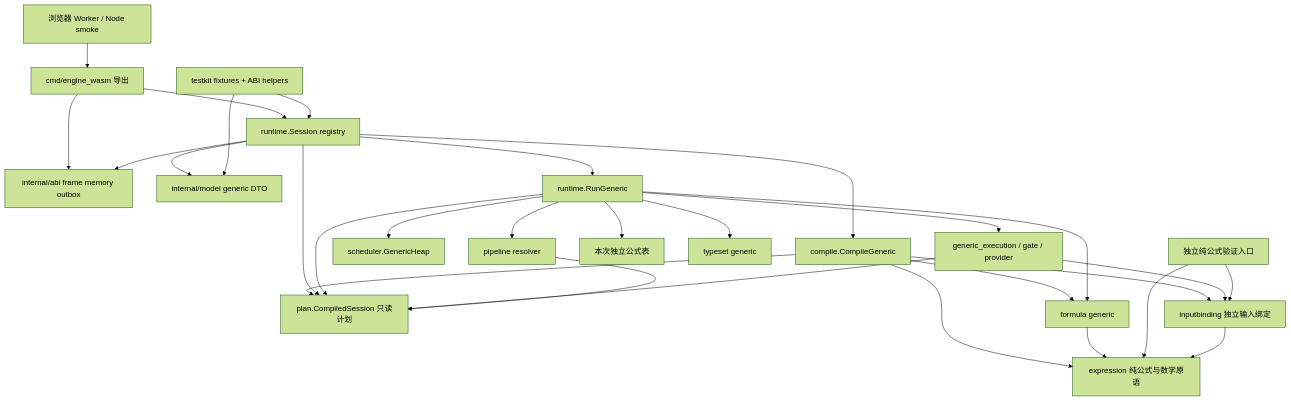
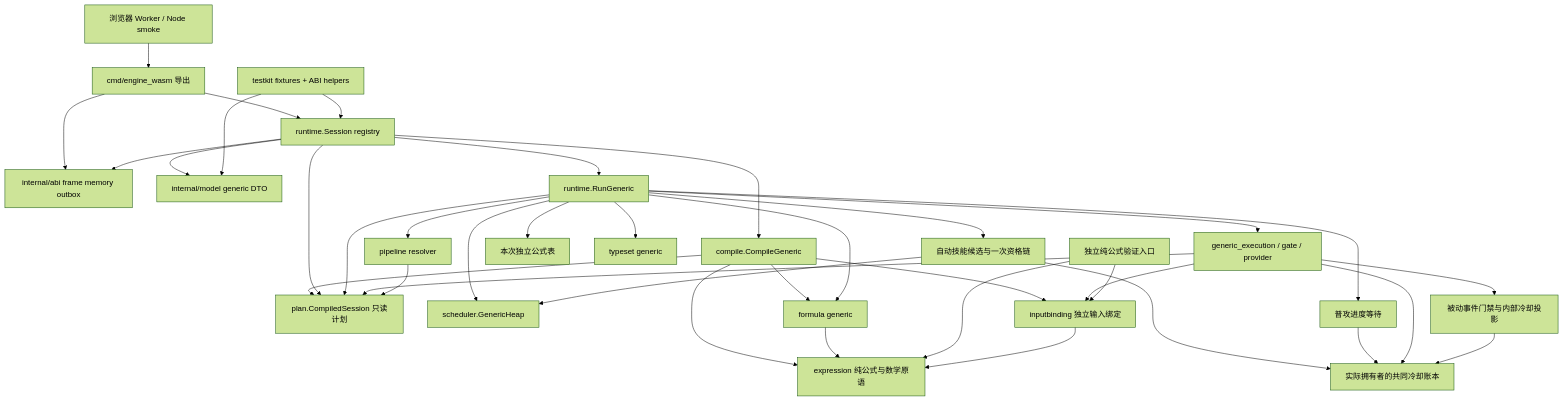
The first of 4 diagrams in wasm/tinygo_engine_v2/ARCHITECTURE.md (JeanbartBiubiu/damage_viewer_project_planning), drawn with Mermaid (forest theme) before and after one commit. The commit also changed 53 other files, not shown here.

````diff
--- a/wasm/tinygo_engine_v2/ARCHITECTURE.md
+++ b/wasm/tinygo_engine_v2/ARCHITECTURE.md
@@ -7,50 +7,62 @@
 ```mermaid
 graph TD
     Host["浏览器 Worker / Node smoke"]
     Exports["cmd/engine_wasm 导出"]
     ABI["internal/abi frame memory outbox"]
     Session["runtime.Session registry"]
     Model["internal/model generic DTO"]
     Compile["compile.CompileGeneric"]
     Compiled["plan.CompiledSession 只读计划"]
     Run["runtime.RunGeneric"]
     Exec["generic_execution / gate / provider"]
     Scheduler["scheduler.GenericHeap"]
+    Automatic["自动技能候选与一次资格链"]
+    Cooldown["实际拥有者的共同冷却账本"]
+    Attack["普攻进度等待"]
+    Passive["被动事件门禁与内部冷却投影"]
     Formula["formula generic"]
     Pure["expression 纯公式与数学原语"]
     Binding["inputbinding 独立输入绑定"]
     Probe["独立纯公式验证入口"]
     RunFormulas["本次独立公式表"]
     Typeset["typeset generic"]
     Pipeline["pipeline resolver"]
     Testkit["testkit fixtures + ABI helpers"]
 
     Host --> Exports
     Exports --> ABI
     Exports --> Session
     Session --> ABI
     Session --> Model
     Session --> Compile
     Compile --> Compiled
     Compile --> Formula
     Compile --> Pure
     Compile --> Binding
     Session --> Compiled
     Session --> Run
     Run --> Exec
     Run --> Scheduler
+    Run --> Automatic
+    Run --> Attack
+    Automatic --> Cooldown
+    Automatic --> Scheduler
+    Attack --> Cooldown
+    Exec --> Cooldown
+    Exec --> Passive
+    Passive --> Cooldown
     Run --> Formula
     Run --> Typeset
     Run --> Pipeline
     Run --> Compiled
     Exec --> Compiled
     Exec --> Binding
     Pipeline --> Compiled
     Run --> RunFormulas
     Formula --> Pure
     Probe --> Pure
     Probe --> Binding
     Binding --> Pure
     Testkit --> Session
     Testkit --> Model
 ```
````
